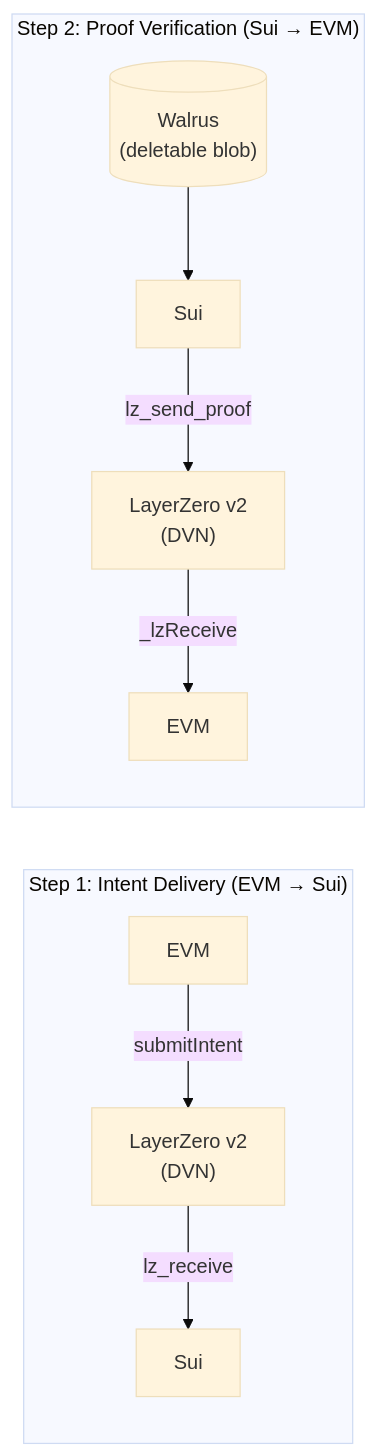
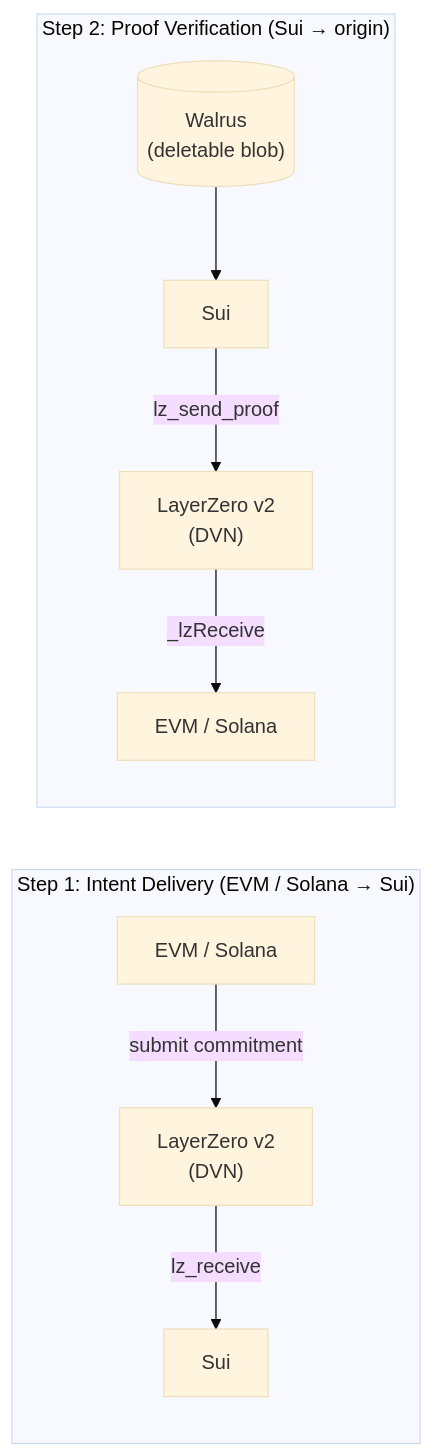
Before and after one commit to riva-labs/bosphor: the diagram in README.md, drawn with Mermaid (base theme). The commit also changed other lines of this file and 3 other files, not shown here.

````diff
--- a/README.md
+++ b/README.md
@@ -14,10 +21,10 @@
 ```mermaid
 flowchart LR
-    subgraph step1 ["Step 1: Intent Delivery (EVM → Sui)"]
-        EVM1["EVM"] -- "submitIntent" --> LZ1["LayerZero v2\n(DVN)"] -- "lz_receive" --> Sui1["Sui"]
+    subgraph step1 ["Step 1: Intent Delivery (EVM / Solana → Sui)"]
+        EVM1["EVM / Solana"] -- "submit commitment" --> LZ1["LayerZero v2\n(DVN)"] -- "lz_receive" --> Sui1["Sui"]
     end
-    subgraph step2 ["Step 2: Proof Verification (Sui → EVM)"]
-        Sui2["Sui"] -- "lz_send_proof" --> LZ2["LayerZero v2\n(DVN)"] -- "_lzReceive" --> EVM2["EVM"]
+    subgraph step2 ["Step 2: Proof Verification (Sui → origin)"]
+        Sui2["Sui"] -- "lz_send_proof" --> LZ2["LayerZero v2\n(DVN)"] -- "_lzReceive" --> EVM2["EVM / Solana"]
         Walrus[("Walrus\n(deletable blob)")] --> Sui2
     end
 ```
````
